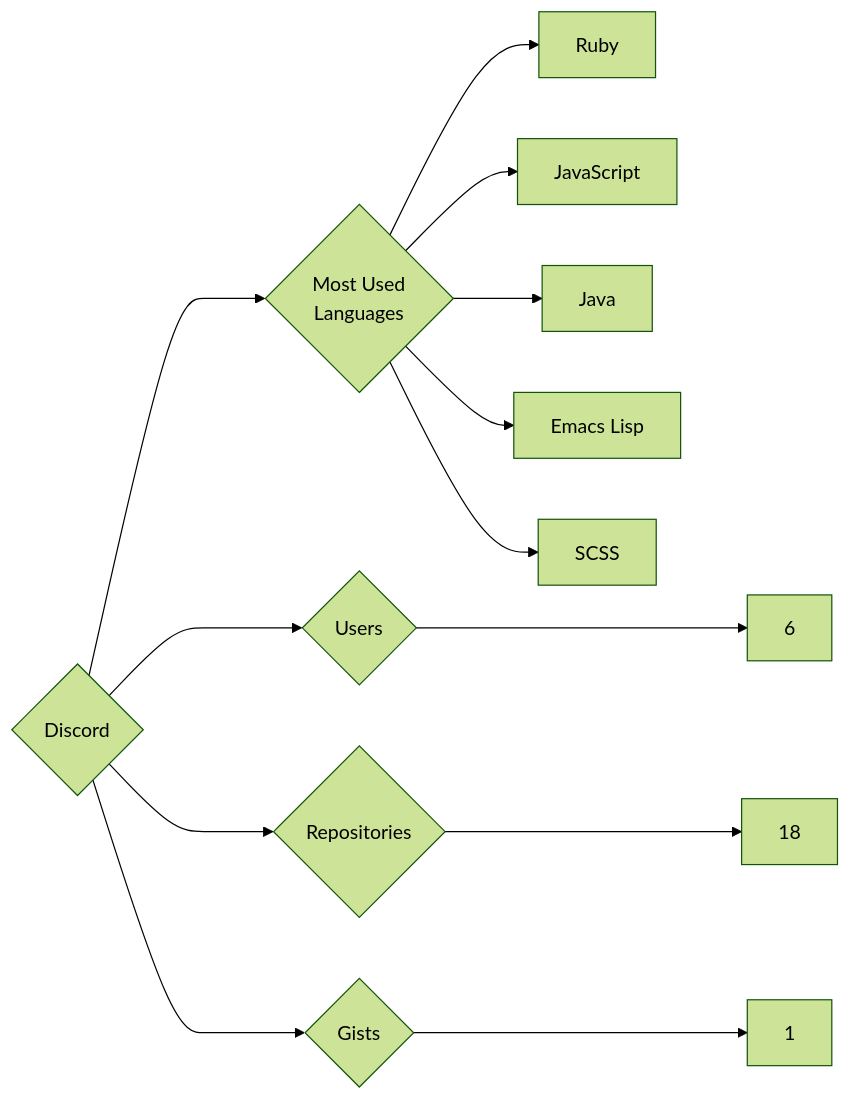
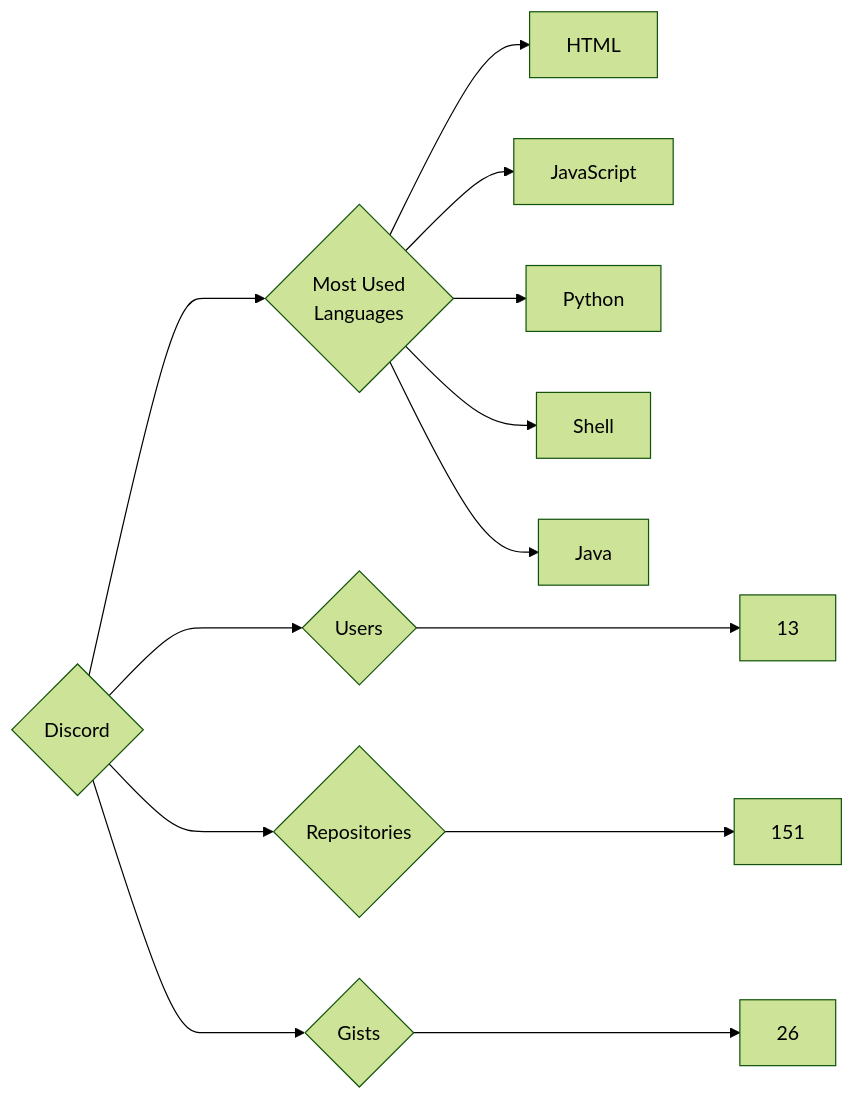
One commit to trickest/insiders changed the diagram in targets/Discord/README.md. Above: the diagram before and after it, drawn with Mermaid (forest theme). The commit also changed 840 other files, not shown here.

````diff
--- a/targets/Discord/README.md
+++ b/targets/Discord/README.md
@@ -3,13 +3,13 @@
 ```mermaid
 graph LR
 COMPANY_NAME{Discord}
-COMPANY_NAME ---> U{Users} ---> UN[6]
-COMPANY_NAME ---> R{Repositories} ---> RN[18]
-COMPANY_NAME ---> G{Gists} ---> GN[1]
+COMPANY_NAME ---> U{Users} ---> UN[13]
+COMPANY_NAME ---> R{Repositories} ---> RN[151]
+COMPANY_NAME ---> G{Gists} ---> GN[26]
 COMPANY_NAME ---> ML{Most Used<br>Languages}
-ML --> Ruby[Ruby]
+ML --> HTML[HTML]
 ML --> JavaScript[JavaScript]
+ML --> Python[Python]
+ML --> Shell[Shell]
 ML --> Java[Java]
-ML --> Emacs_Lisp[Emacs Lisp]
-ML --> SCSS[SCSS]
 ```
````
